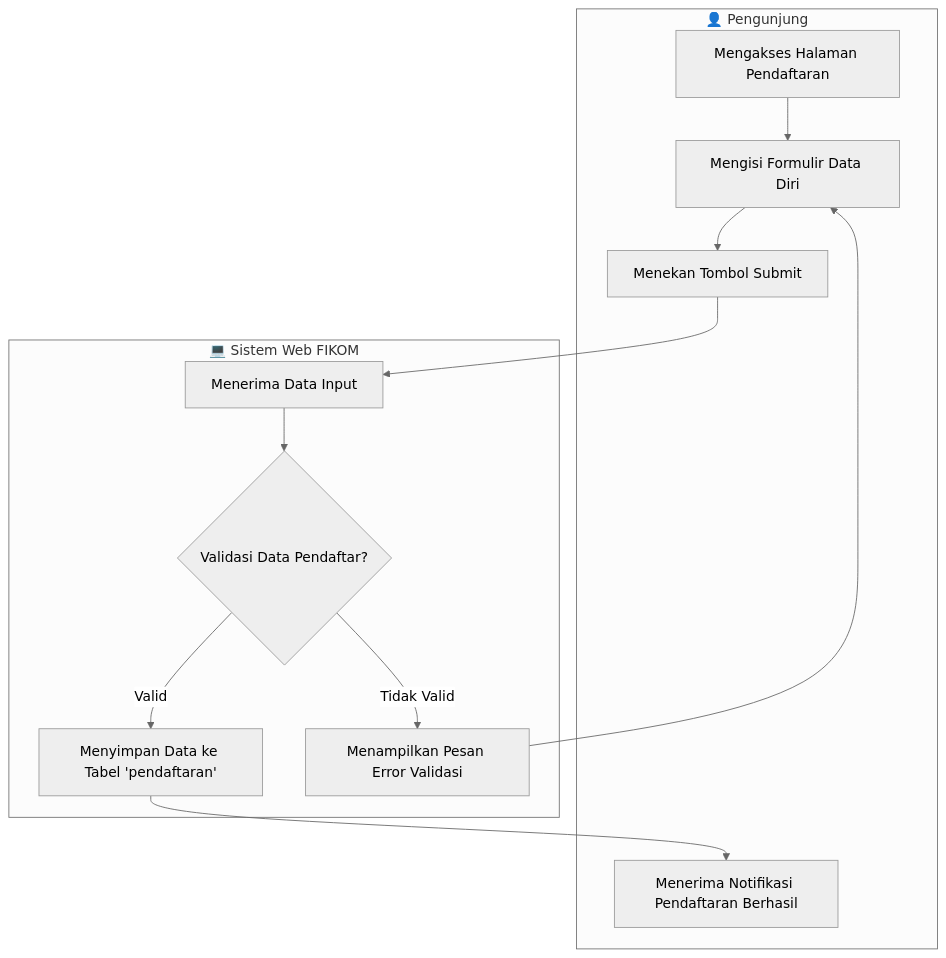
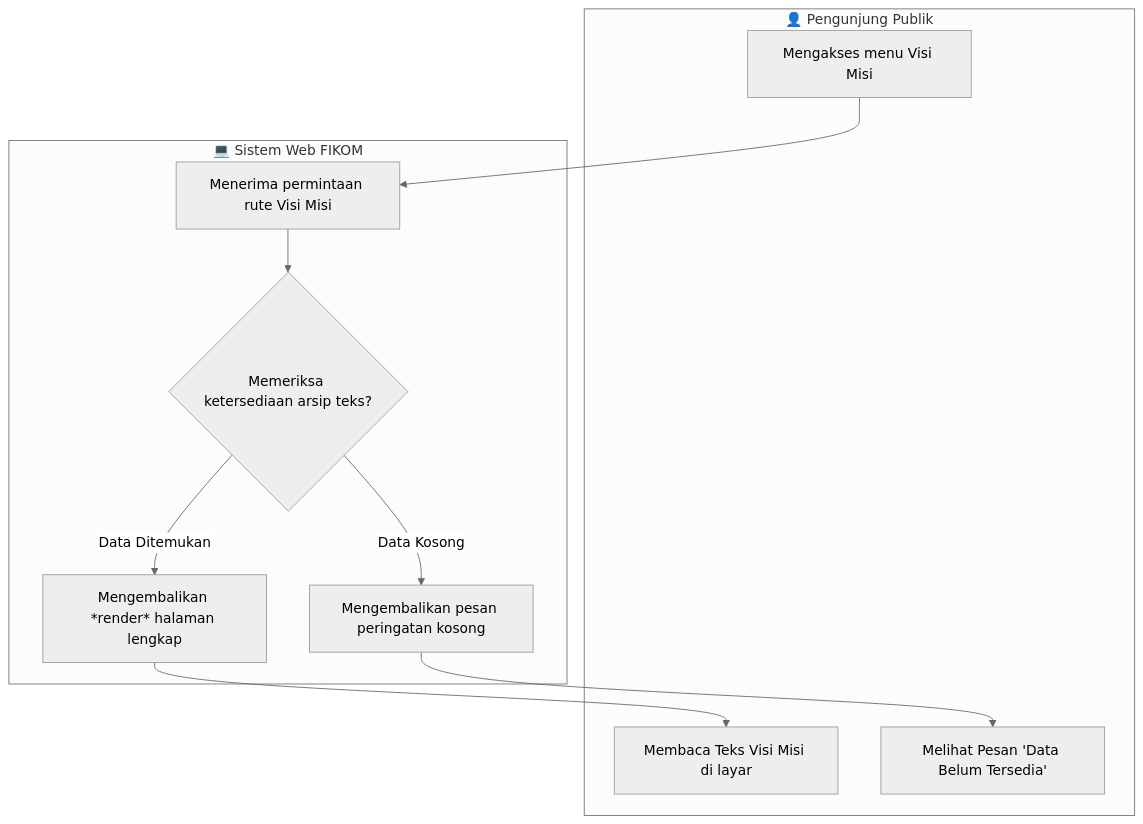
Before and after one commit to arbain-dev/Web_fikom: the first of 4 diagrams in docs/dokumen_1_activity_diagram.md, drawn with Mermaid (neutral theme). The commit also changed other lines of this file, not shown here.

Commit message:
docs: revisi Dokumen 1 dengan urutan visi misi, struktur, fakta, profil

````diff
--- a/docs/dokumen_1_activity_diagram.md
+++ b/docs/dokumen_1_activity_diagram.md
@@ -20,25 +19,22 @@
 ```mermaid
 flowchart TD
-    subgraph Pengunjung[👤 Pengunjung]
-        A[Mengakses Halaman Pendaftaran]
-        B[Mengisi Formulir Data Diri]
-        C[Menekan Tombol Submit]
-        H[Menerima Notifikasi Pendaftaran Berhasil]
+    subgraph Pengunjung[👤 Pengunjung Publik]
+        A[Mengakses menu Visi Misi]
+        E[Membaca Teks Visi Misi di layar]
+        F[Melihat Pesan 'Data Belum Tersedia']
     end
     
     subgraph Sistem[💻 Sistem Web FIKOM]
-        D[Menerima Data Input]
-        E{Validasi Data Pendaftar?}
-        F[Menyimpan Data ke Tabel 'pendaftaran']
-        G[Menampilkan Pesan Error Validasi]
+        B[Menerima permintaan rute Visi Misi]
+        C{Memeriksa ketersediaan arsip teks?}
+        D[Mengembalikan *render* halaman lengkap]
+        G[Mengembalikan pesan peringatan kosong]
     end
 
     A --> B
     B --> C
-    C --> D
+    C -- Data Ditemukan --> D
     D --> E
-    E -- Valid --> F
-    E -- Tidak Valid --> G
-    F --> H
-    G --> B
+    C -- Data Kosong --> G
+    G --> F
 ```
````
